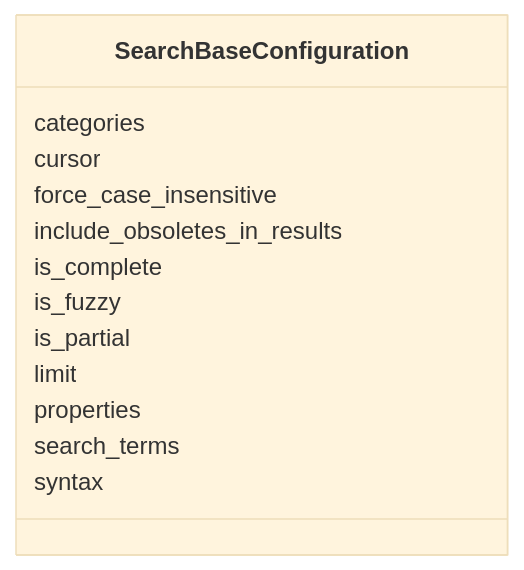
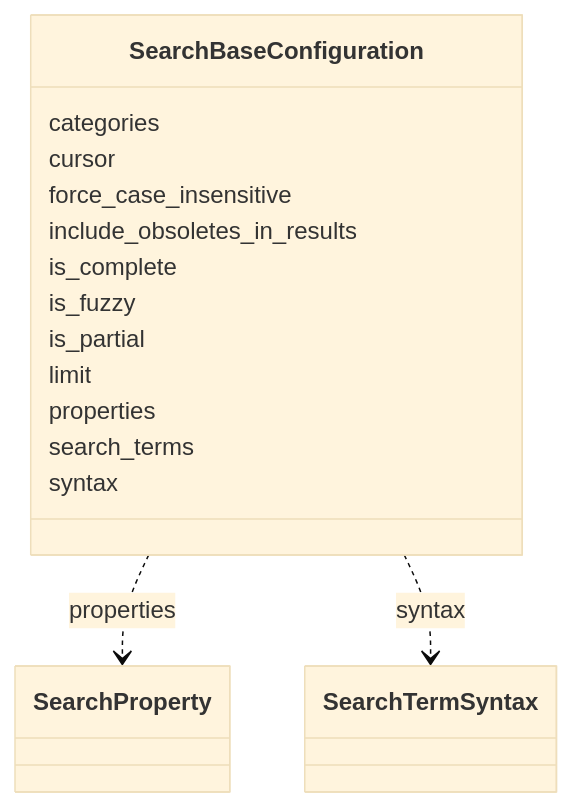
Before and after one commit to INCATools/ontology-access-kit: the diagram in search/SearchBaseConfiguration.md, drawn with Mermaid (base theme). The commit also changed other lines of this file and 1783 other files, not shown here.

````diff
--- a/search/SearchBaseConfiguration.md
+++ b/search/SearchBaseConfiguration.md
@@ -11,16 +11,31 @@
 ```{mermaid}
  classDiagram
     class SearchBaseConfiguration
       SearchBaseConfiguration : categories
+        
       SearchBaseConfiguration : cursor
+        
       SearchBaseConfiguration : force_case_insensitive
+        
       SearchBaseConfiguration : include_obsoletes_in_results
+        
       SearchBaseConfiguration : is_complete
+        
       SearchBaseConfiguration : is_fuzzy
+        
       SearchBaseConfiguration : is_partial
+        
       SearchBaseConfiguration : limit
+        
       SearchBaseConfiguration : properties
+        
+          SearchBaseConfiguration ..> SearchProperty : properties
+        
       SearchBaseConfiguration : search_terms
+        
       SearchBaseConfiguration : syntax
+        
+          SearchBaseConfiguration ..> SearchTermSyntax : syntax
+        
       
 ```
````
